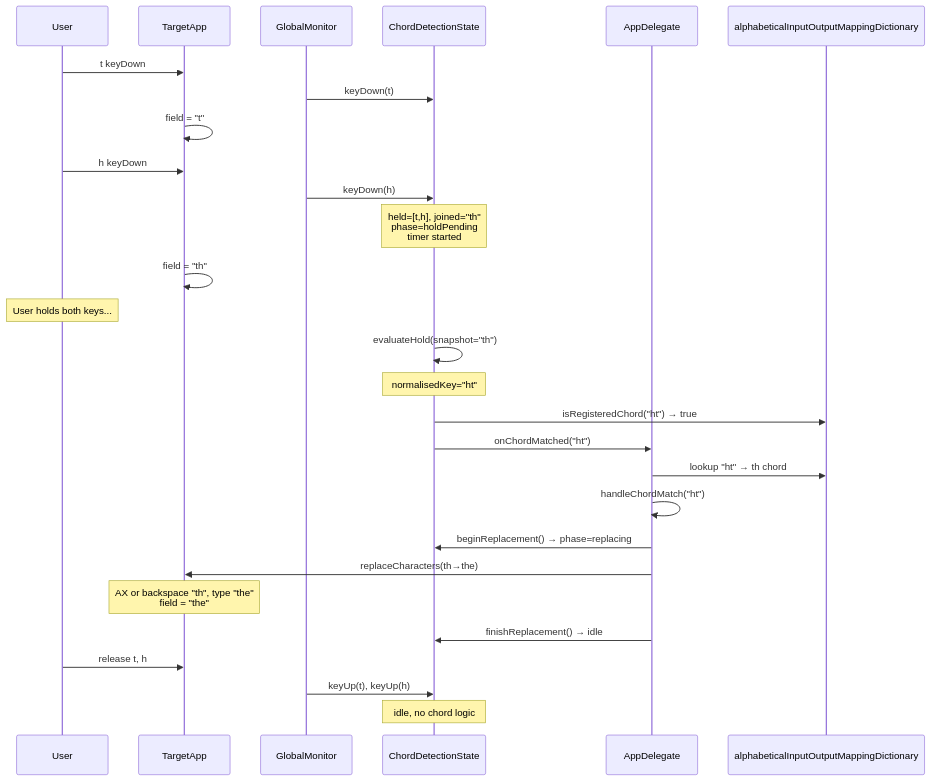
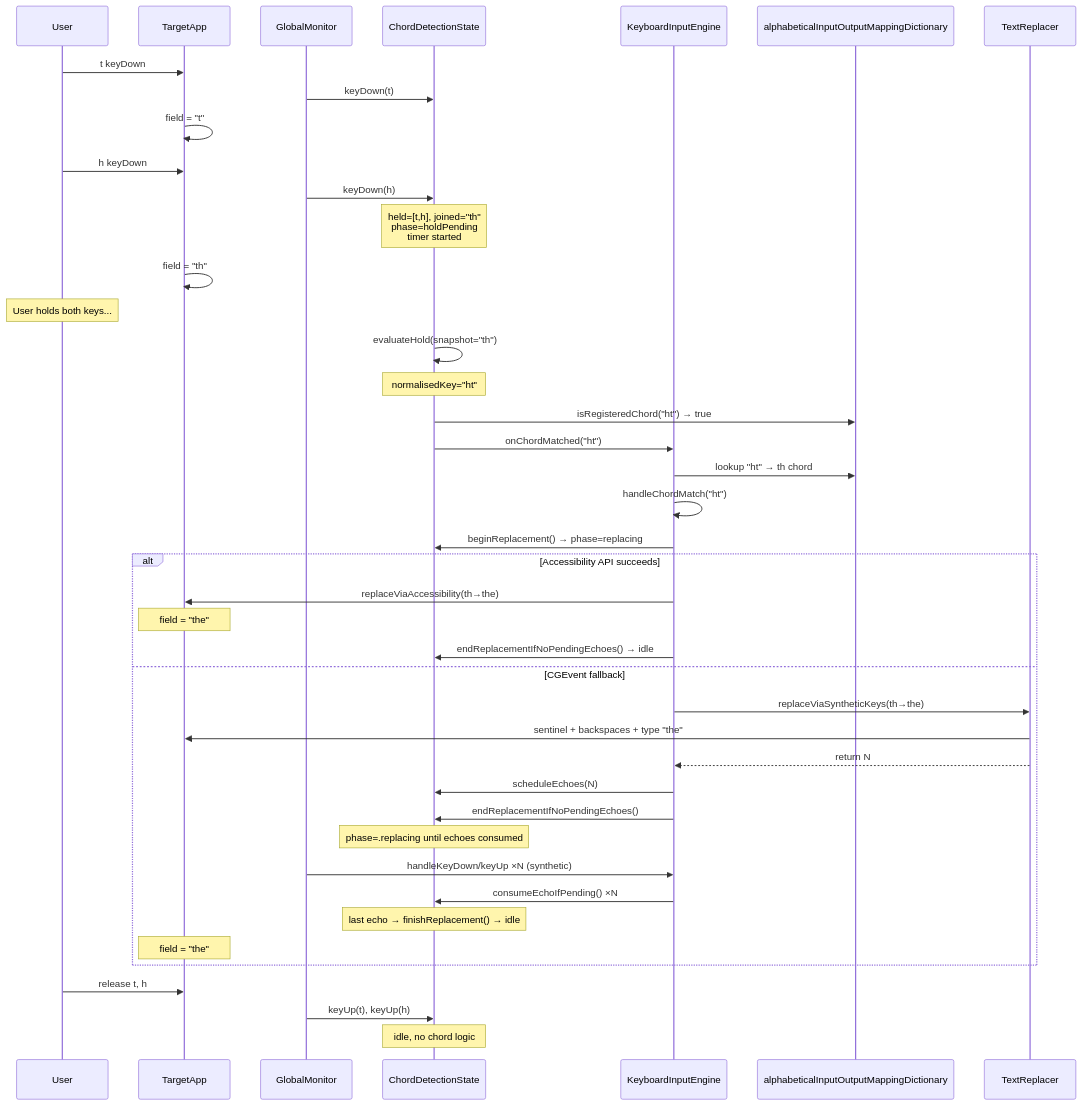
Before and after one commit to georgegillams/chorder: the fifth of 5 diagrams in docs/chord-detection-sequence-diagram.md, drawn with Mermaid. The commit also changed other lines of this file and 3 other files, not shown here.

````diff
--- a/docs/chord-detection-sequence-diagram.md
+++ b/docs/chord-detection-sequence-diagram.md
@@ -210,36 +225,51 @@
 ```mermaid
 sequenceDiagram
     participant User
     participant TargetApp as TargetApp
     participant Monitor as GlobalMonitor
     participant Detection as ChordDetectionState
-    participant App as AppDelegate
+    participant App as KeyboardInputEngine
     participant Registry as alphabeticalInputOutputMappingDictionary
+    participant Replacer as TextReplacer
 
     User->>TargetApp: t keyDown
     Monitor->>Detection: keyDown(t)
     TargetApp->>TargetApp: field = "t"
 
     User->>TargetApp: h keyDown
     Monitor->>Detection: keyDown(h)
     Note over Detection: held=[t,h], joined="th"<br/>phase=holdPending<br/>timer started
     TargetApp->>TargetApp: field = "th"
 
     Note over User: User holds both keys...
 
     Detection->>Detection: evaluateHold(snapshot="th")
     Note over Detection: normalisedKey="ht"
     Detection->>Registry: isRegisteredChord("ht") → true
     Detection->>App: onChordMatched("ht")
 
     App->>Registry: lookup "ht" → th chord
     App->>App: handleChordMatch("ht")
     App->>Detection: beginReplacement() → phase=replacing
-    App->>TargetApp: replaceCharacters(th→the)
-    Note over TargetApp: AX or backspace "th", type "the"<br/>field = "the"
-    App->>Detection: finishReplacement() → idle
+
+    alt Accessibility API succeeds
+        App->>TargetApp: replaceViaAccessibility(th→the)
+        Note over TargetApp: field = "the"
+        App->>Detection: endReplacementIfNoPendingEchoes() → idle
+    else CGEvent fallback
+        App->>Replacer: replaceViaSyntheticKeys(th→the)
+        Replacer->>TargetApp: sentinel + backspaces + type "the"
+        Replacer-->>App: return N
+        App->>Detection: scheduleEchoes(N)
+        App->>Detection: endReplacementIfNoPendingEchoes()
+        Note over Detection: phase=.replacing until echoes consumed
+        Monitor->>App: handleKeyDown/keyUp ×N (synthetic)
+        App->>Detection: consumeEchoIfPending() ×N
+        Note over Detection: last echo → finishReplacement() → idle
+        Note over TargetApp: field = "the"
+    end
 
     User->>TargetApp: release t, h
     Monitor->>Detection: keyUp(t), keyUp(h)
     Note over Detection: idle, no chord logic
 ```
````
